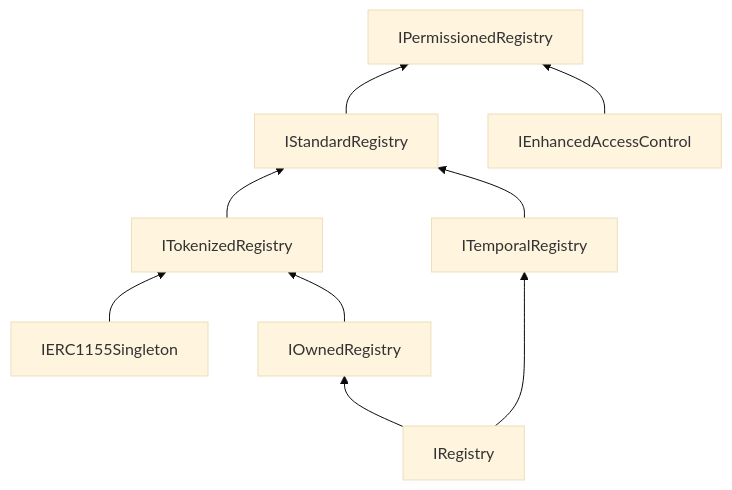
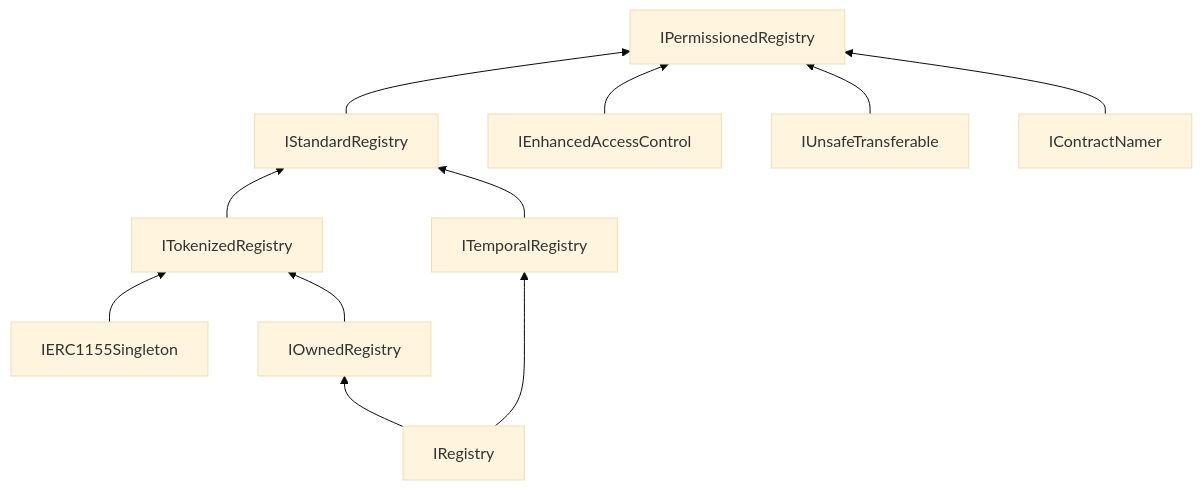
The diagram in src/pages/ensv2/registry-template.mdx (ensdomains/docs), drawn with Mermaid (base theme) before and after one commit. The commit also changed other lines of this file and 1 other file, not shown here.

Commit message:
Update registry interface references for the 2026-09-15 redeploy

````diff
--- a/src/pages/ensv2/registry-template.mdx
+++ b/src/pages/ensv2/registry-template.mdx
@@ -68,20 +68,24 @@
 ```mermaid
 graph BT
     IRegistry["IRegistry"]
     IOwnedRegistry["IOwnedRegistry"]
     ITemporalRegistry["ITemporalRegistry"]
     IERC1155Singleton["IERC1155Singleton"]
     ITokenizedRegistry["ITokenizedRegistry"]
     IStandardRegistry["IStandardRegistry"]
     IEnhancedAccessControl["IEnhancedAccessControl"]
+    IUnsafeTransferable["IUnsafeTransferable"]
+    IContractNamer["IContractNamer"]
     IPermissionedRegistry["IPermissionedRegistry"]
 
     IRegistry --> IOwnedRegistry
     IRegistry --> ITemporalRegistry
     IERC1155Singleton --> ITokenizedRegistry
     IOwnedRegistry --> ITokenizedRegistry
     ITokenizedRegistry --> IStandardRegistry
     ITemporalRegistry --> IStandardRegistry
     IStandardRegistry --> IPermissionedRegistry
     IEnhancedAccessControl --> IPermissionedRegistry
+    IUnsafeTransferable --> IPermissionedRegistry
+    IContractNamer --> IPermissionedRegistry
 ```
````
